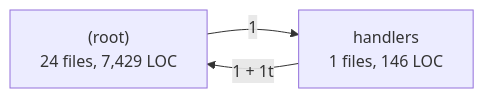
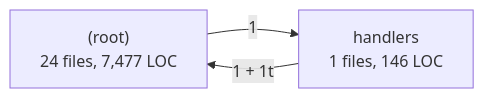
Before and after one commit to pollog09/DisTerm: the sixth of 8 diagrams in docs/architecture/GRAPH.md, drawn with Mermaid. The commit also changed other lines of this file and 63 other files, not shown here.

First line of the commit message:
feat(graph): switch the graph view between the agent graph and a repo's system map

````diff
--- a/docs/architecture/GRAPH.md
+++ b/docs/architecture/GRAPH.md
@@ -211,7 +223,7 @@
 ```mermaid
 flowchart LR
-  n_server__root_["(root)<br/>24 files, 7,429 LOC"]
+  n_server__root_["(root)<br/>24 files, 7,477 LOC"]
   n_server_handlers["handlers<br/>1 files, 146 LOC"]
   n_server__root_ -->|"1"| n_server_handlers
   n_server_handlers -->|"1 + 1t"| n_server__root_
 ```
````
